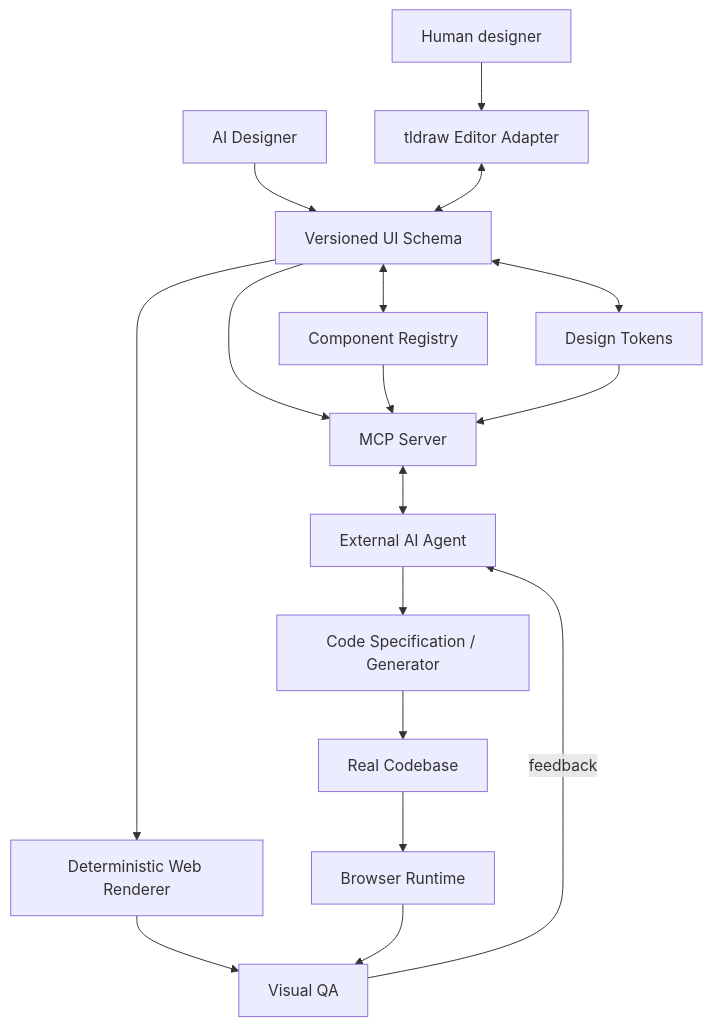
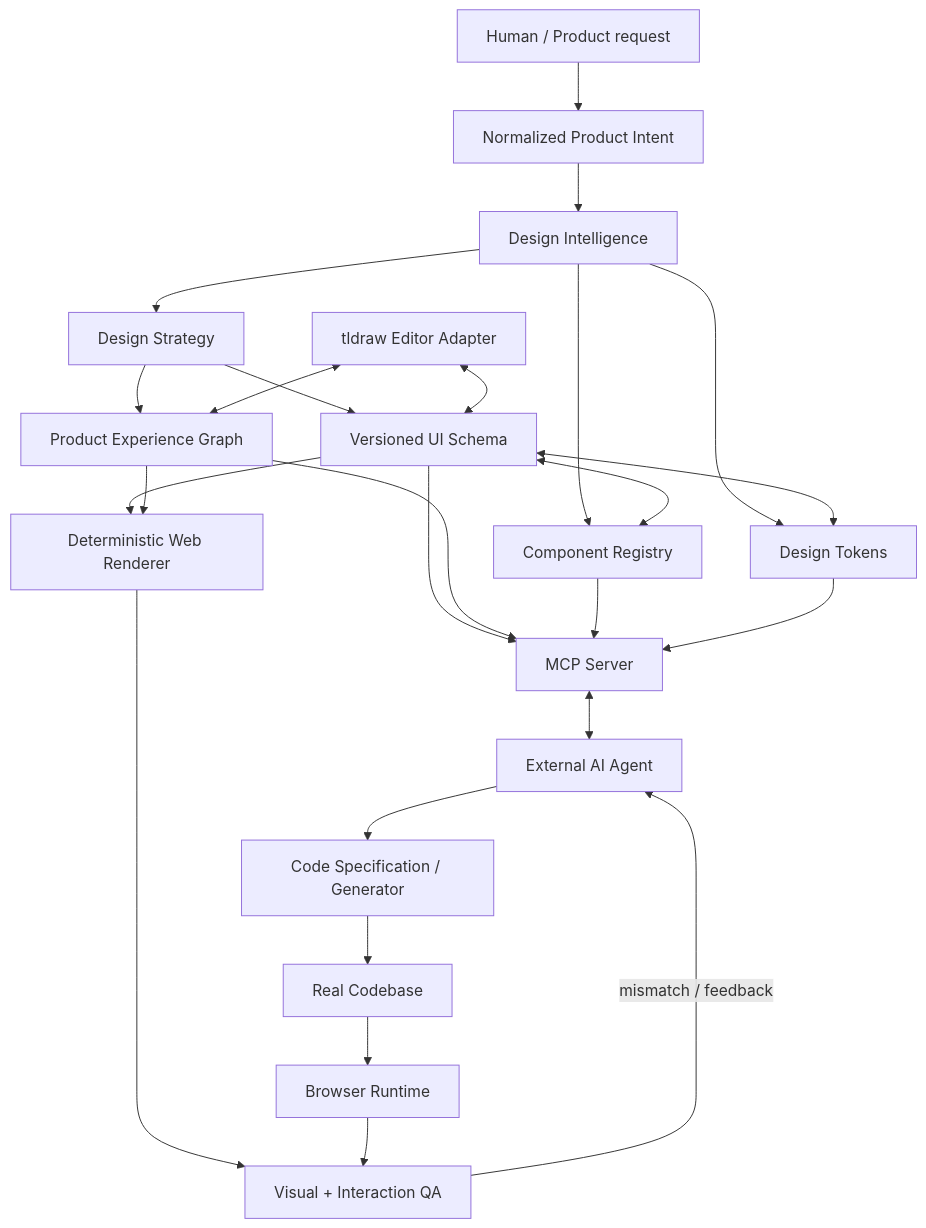
The diagram in docs/ARCHITECTURE.md (tuanpham09/UIForge), drawn with Mermaid before and after one commit. The commit also changed other lines of this file, not shown here.

Commit message:
docs(architecture): add design intelligence layer

````diff
--- a/docs/ARCHITECTURE.md
+++ b/docs/ARCHITECTURE.md
@@ -20,33 +26,46 @@
 ```mermaid
 flowchart TB
-    User[Human designer]
-    AI[AI Designer]
-    Editor[tldraw Editor Adapter]
+    User[Human / Product request]
+    Intent[Normalized Product Intent]
+    Intelligence[Design Intelligence]
+    Strategy[Design Strategy]
     Schema[Versioned UI Schema]
+    Graph[Product Experience Graph]
     Tokens[Design Tokens]
     Registry[Component Registry]
+    Editor[tldraw Editor Adapter]
     Renderer[Deterministic Web Renderer]
     MCP[MCP Server]
     Agent[External AI Agent]
     Codegen[Code Specification / Generator]
     Code[Real Codebase]
     Browser[Browser Runtime]
-    QA[Visual QA]
+    QA[Visual + Interaction QA]
 
-    User --> Editor
-    AI --> Schema
+    User --> Intent
+    Intent --> Intelligence
+    Intelligence --> Strategy
+    Strategy --> Schema
+    Strategy --> Graph
+    Intelligence --> Registry
+    Intelligence --> Tokens
+
     Editor <--> Schema
+    Editor <--> Graph
     Schema <--> Tokens
     Schema <--> Registry
     Schema --> Renderer
+    Graph --> Renderer
     Schema --> MCP
+    Graph --> MCP
     Registry --> MCP
     Tokens --> MCP
+
     MCP <--> Agent
     Agent --> Codegen
     Codegen --> Code
     Code --> Browser
     Renderer --> QA
     Browser --> QA
-    QA -->|feedback| Agent
+    QA -->|mismatch / feedback| Agent
 ```
````
